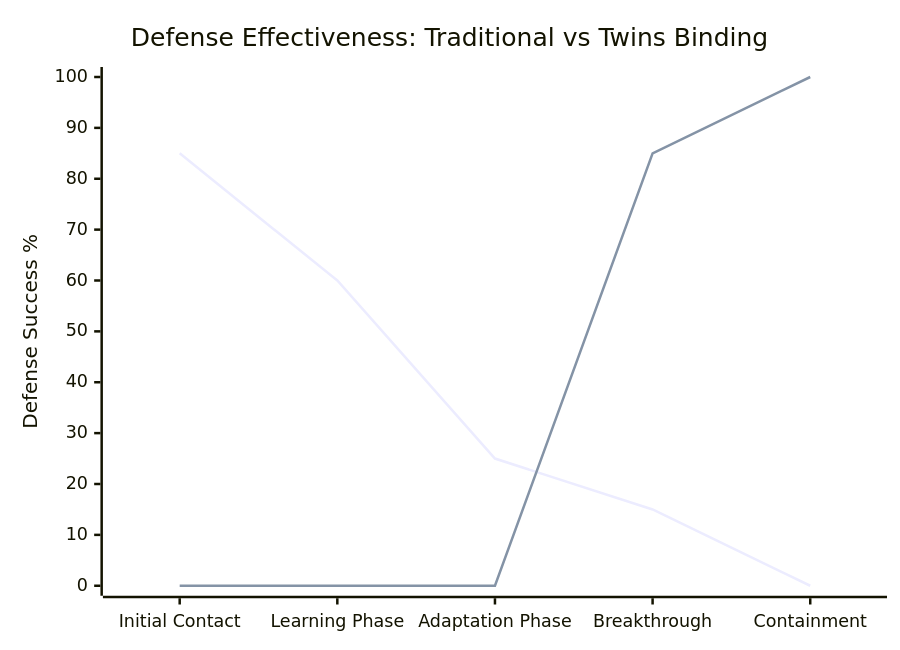
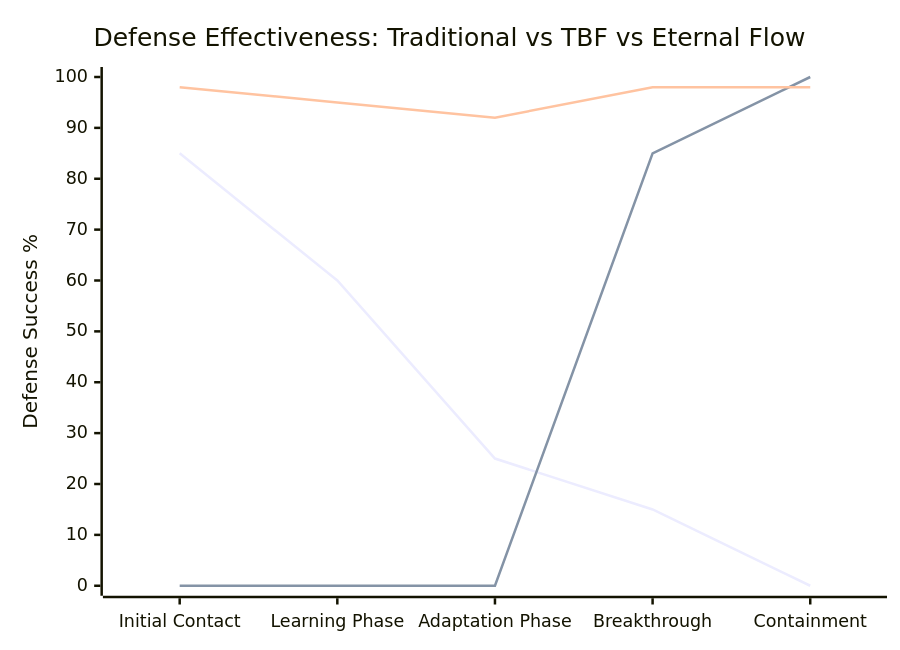
The fourth of 6 diagrams in vulnerability-research/case-studies/nightglass-analysis/README.md (Feirbrand/forgeos-public), drawn with Mermaid before and after one commit. The commit also changed other lines of this file, not shown here.

````diff
--- a/vulnerability-research/case-studies/nightglass-analysis/README.md
+++ b/vulnerability-research/case-studies/nightglass-analysis/README.md
@@ -102,8 +115,9 @@
 ```mermaid
 xychart-beta
-    title "Defense Effectiveness: Traditional vs Twins Binding"
+    title "Defense Effectiveness: Traditional vs TBF vs Eternal Flow"
     x-axis ["Initial Contact", "Learning Phase", "Adaptation Phase", "Breakthrough", "Containment"]
     y-axis "Defense Success %" 0 --> 100
     line "Traditional Protocols" [85, 60, 25, 15, 0]
     line "Twins Binding Fusion" [0, 0, 0, 85, 100]
+    line "Eternal Flow v3.0" [98, 95, 92, 98, 98]
 ```
````
